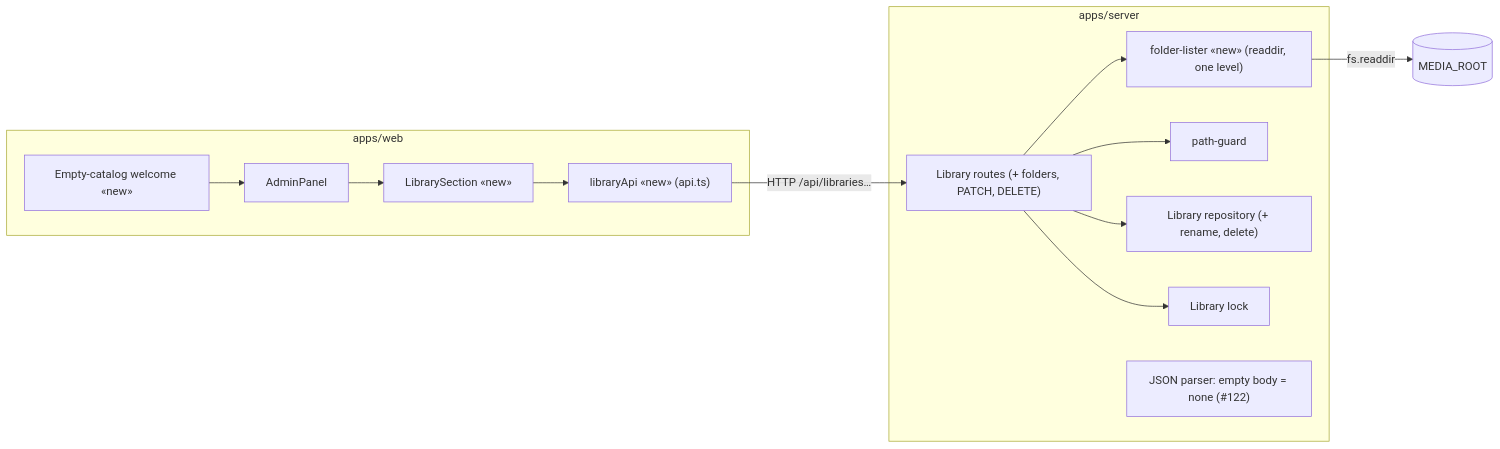
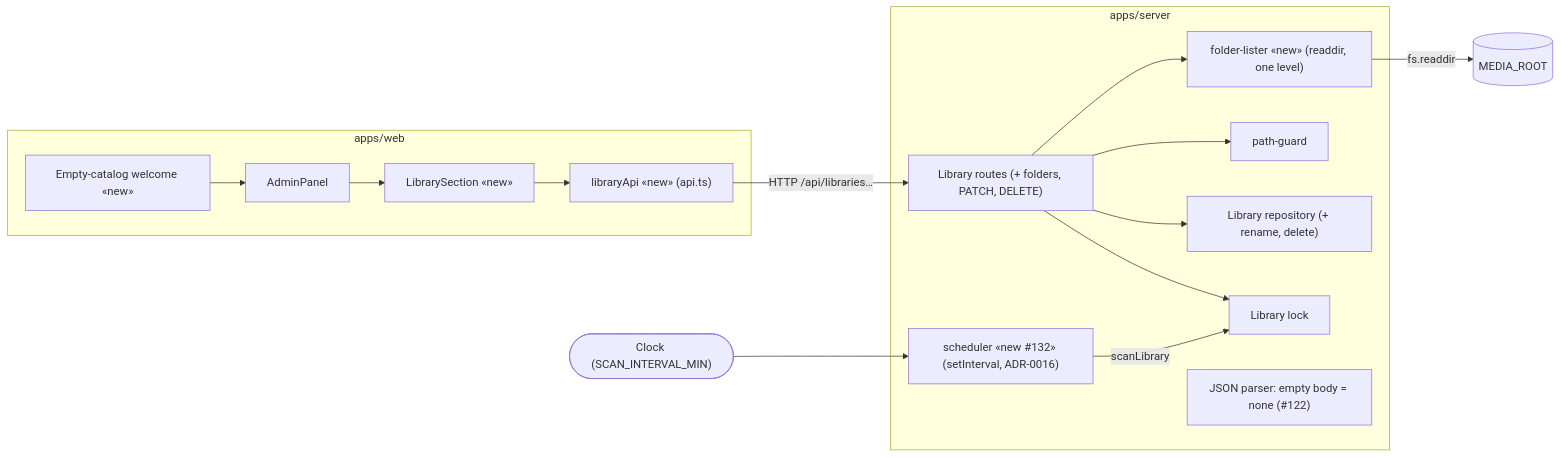
Before and after one commit to benoit-bremaud/popcorntv: the diagram in docs/architecture/diagrams/library/03-component.md, drawn with Mermaid. The commit also changed 16 other files, not shown here.

First line of the commit message:
feat(library): scan libraries on a schedule

````diff
--- a/docs/architecture/diagrams/library/03-component.md
+++ b/docs/architecture/diagrams/library/03-component.md
@@ -12,26 +12,29 @@
 ```mermaid
 flowchart LR
   subgraph Web ["apps/web"]
     Admin[AdminPanel]
     LibSec["LibrarySection «new»"]
     Welcome["Empty-catalog welcome «new»"]
     Api["libraryApi «new» (api.ts)"]
     Admin --> LibSec
     Welcome --> Admin
     LibSec --> Api
   end
   subgraph Server ["apps/server"]
     Routes["Library routes (+ folders, PATCH, DELETE)"]
     Folders["folder-lister «new» (readdir, one level)"]
     Guard[path-guard]
     Repo["Library repository (+ rename, delete)"]
     Lock[Library lock]
     Parser["JSON parser: empty body = none (#122)"]
     Routes --> Folders
     Routes --> Guard
     Routes --> Repo
     Routes --> Lock
+    Sched["scheduler «new #132» (setInterval, ADR-0016)"]
+    Sched -->|"scanLibrary"| Lock
   end
+  Clock(["Clock (SCAN_INTERVAL_MIN)"]) --> Sched
   Api -->|"HTTP /api/libraries…"| Routes
   Folders -->|"fs.readdir"| FS[("MEDIA_ROOT")]
 ```
````
